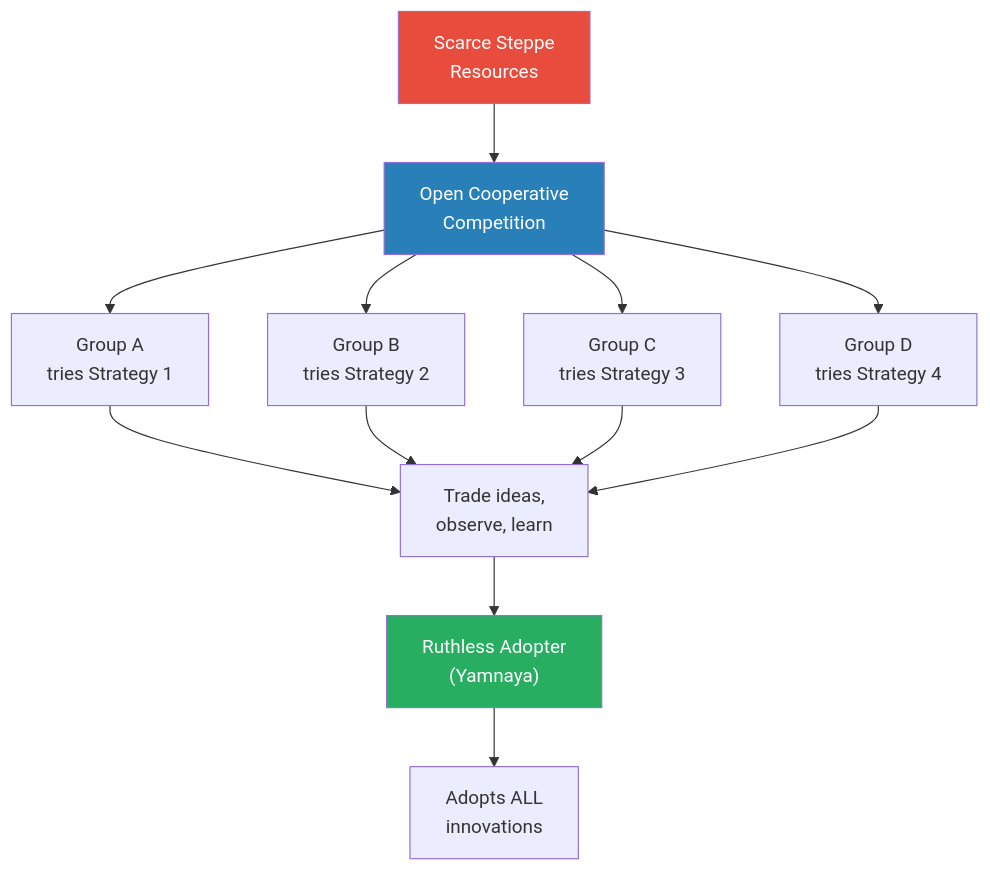
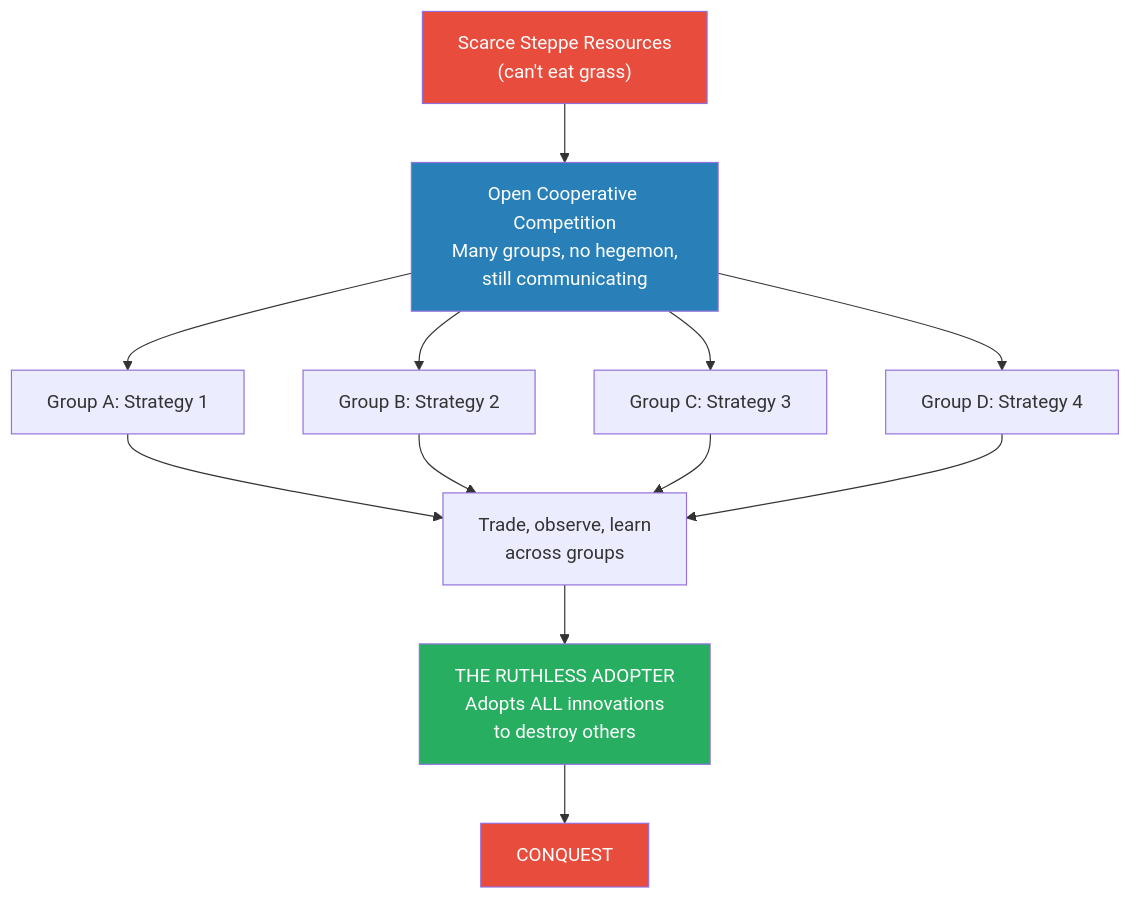
The second of 6 diagrams in summaries/Lectures/Civilization/05 - The Yamnaya Conquest of Europe.md (alius33/reader), drawn with Mermaid before and after one commit. The commit also changed other lines of this file and 26 other files, not shown here.

````diff
--- a/summaries/Lectures/Civilization/05 - The Yamnaya Conquest of Europe.md
+++ b/summaries/Lectures/Civilization/05 - The Yamnaya Conquest of Europe.md
@@ -123,14 +106,15 @@
 ```mermaid
 flowchart TB
-    S["Scarce Steppe<br/>Resources"] --> OCC["Open Cooperative<br/>Competition"]
-    OCC --> G1["Group A<br/>tries Strategy 1"]
-    OCC --> G2["Group B<br/>tries Strategy 2"]
-    OCC --> G3["Group C<br/>tries Strategy 3"]
-    OCC --> G4["Group D<br/>tries Strategy 4"]
-    G1 & G2 & G3 & G4 --> T["Trade ideas,<br/>observe, learn"]
-    T --> RA["Ruthless Adopter<br/>(Yamnaya)"]
-    RA --> C["Adopts ALL<br/>innovations"]
+    S["Scarce Steppe Resources<br/>(can't eat grass)"] --> OCC["Open Cooperative Competition<br/>Many groups, no hegemon,<br/>still communicating"]
+    OCC --> G1["Group A: Strategy 1"]
+    OCC --> G2["Group B: Strategy 2"]
+    OCC --> G3["Group C: Strategy 3"]
+    OCC --> G4["Group D: Strategy 4"]
+    G1 & G2 & G3 & G4 --> T["Trade, observe, learn<br/>across groups"]
+    T --> RA["THE RUTHLESS ADOPTER<br/>Adopts ALL innovations<br/>to destroy others"]
+    RA --> CON["CONQUEST"]
     style S fill:#e74c3c,color:#fff
     style OCC fill:#2980b9,color:#fff
     style RA fill:#27ae60,color:#fff
+    style CON fill:#e74c3c,color:#fff
 ```
````
